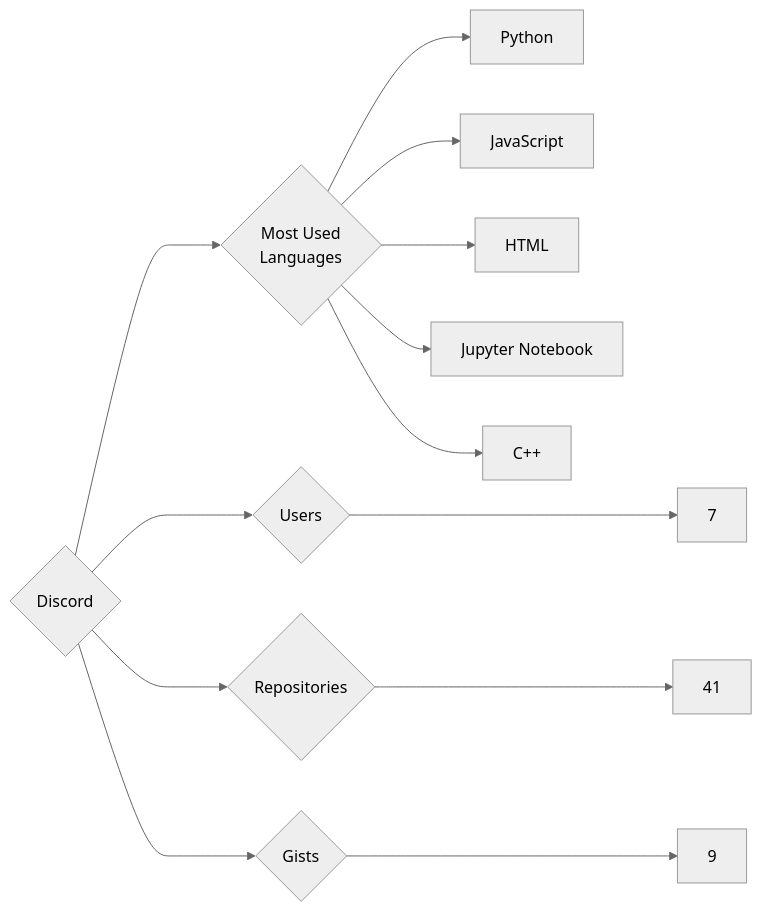
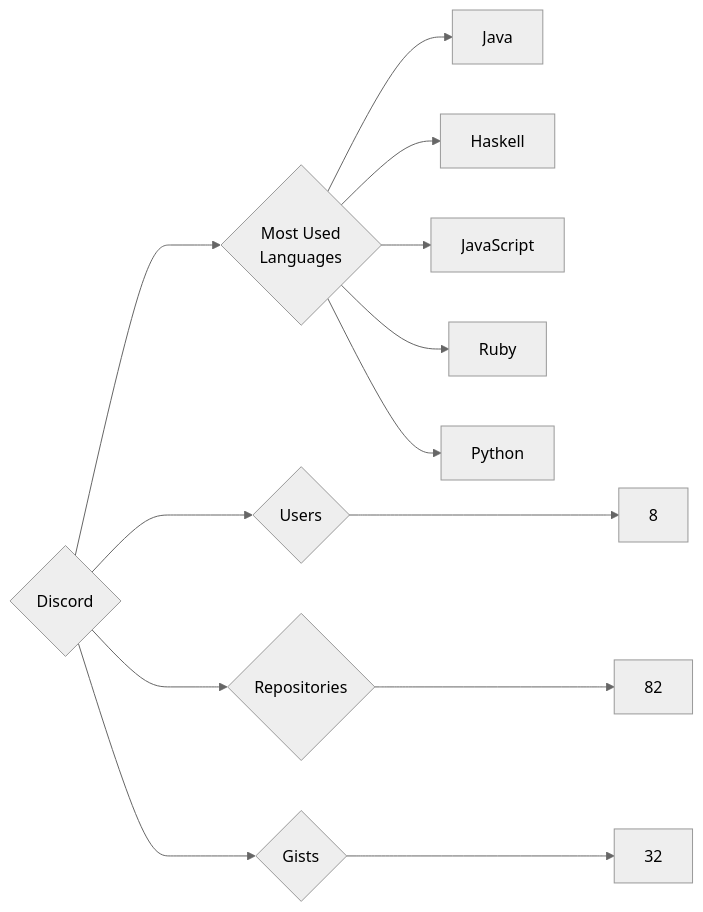
Before and after one commit to trickest/insiders: the diagram in targets/Discord/README.md, drawn with Mermaid (neutral theme). The commit also changed 1089 other files, not shown here.

````diff
--- a/targets/Discord/README.md
+++ b/targets/Discord/README.md
@@ -3,13 +3,13 @@
 ```mermaid
 graph LR
 COMPANY_NAME{Discord}
-COMPANY_NAME ---> U{Users} ---> UN[7]
-COMPANY_NAME ---> R{Repositories} ---> RN[41]
-COMPANY_NAME ---> G{Gists} ---> GN[9]
+COMPANY_NAME ---> U{Users} ---> UN[8]
+COMPANY_NAME ---> R{Repositories} ---> RN[82]
+COMPANY_NAME ---> G{Gists} ---> GN[32]
 COMPANY_NAME ---> ML{Most Used<br>Languages}
+ML --> Java[Java]
+ML --> Haskell[Haskell]
+ML --> JavaScript[JavaScript]
+ML --> Ruby[Ruby]
 ML --> Python[Python]
-ML --> JavaScript[JavaScript]
-ML --> HTML[HTML]
-ML --> Jupyter_Notebook[Jupyter Notebook]
-ML --> C++[C++]
 ```
````
